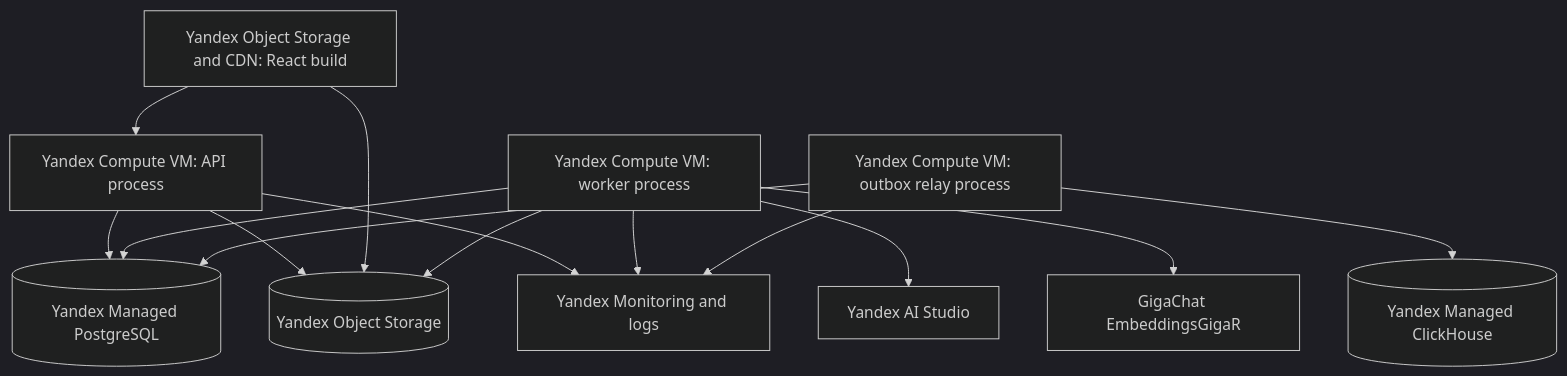
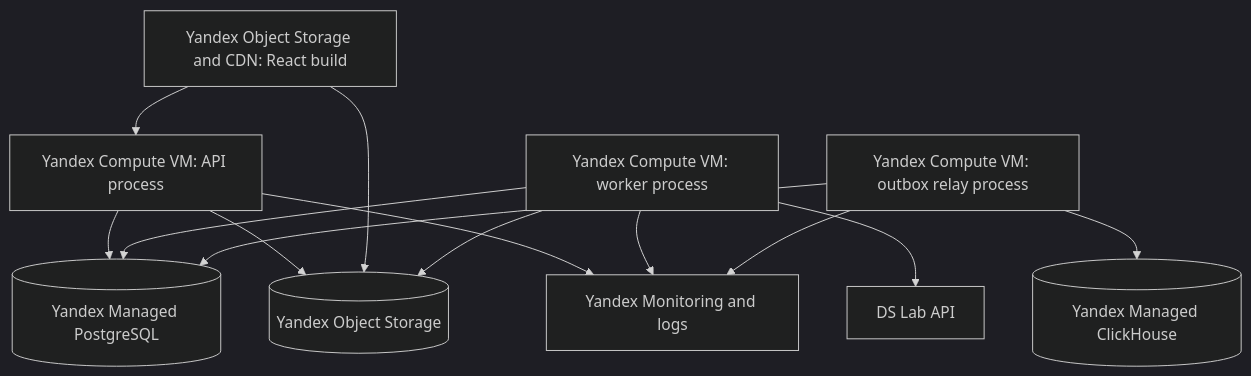
The diagram in docs/architecture/deployment.md (ek2kk/ai-matchmaker), drawn with Mermaid (dark theme) before and after one commit. The commit also changed other lines of this file and 56 other files, not shown here.

````diff
--- a/docs/architecture/deployment.md
+++ b/docs/architecture/deployment.md
@@ -7,27 +7,25 @@
 ```mermaid
 flowchart TB
     SPA[Yandex Object Storage and CDN: React build]
     API[Yandex Compute VM: API process]
     W[Yandex Compute VM: worker process]
     R[Yandex Compute VM: outbox relay process]
     PG[(Yandex Managed PostgreSQL)]
     OBJ[(Yandex Object Storage)]
     CH[(Yandex Managed ClickHouse)]
-    OAI[Yandex AI Studio]
-    GIGA[GigaChat EmbeddingsGigaR]
+    DS[DS Lab API]
     OBS[Yandex Monitoring and logs]
 
     SPA --> API
     API --> PG
     API --> OBJ
     SPA --> OBJ
     W --> PG
     W --> OBJ
-    W --> OAI
-    W --> GIGA
+    W --> DS
     R --> PG
     R --> CH
     API --> OBS
     W --> OBS
     R --> OBS
 ```
````
